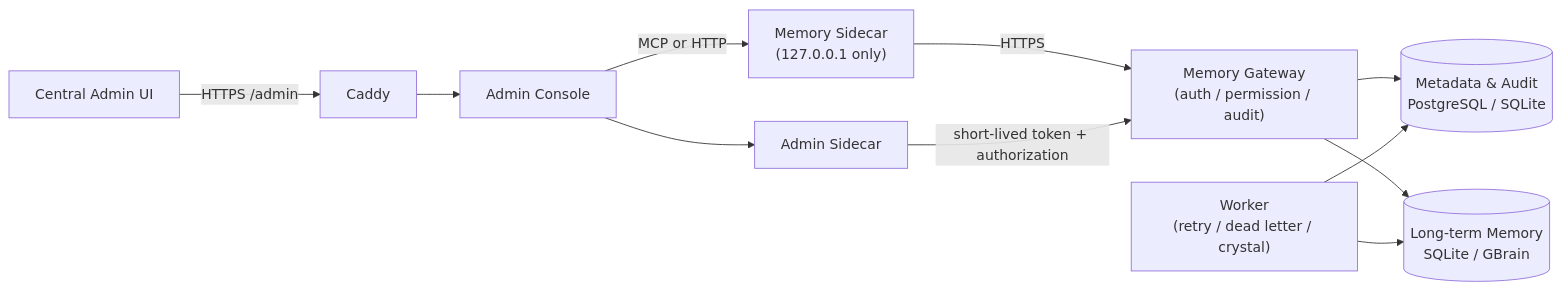
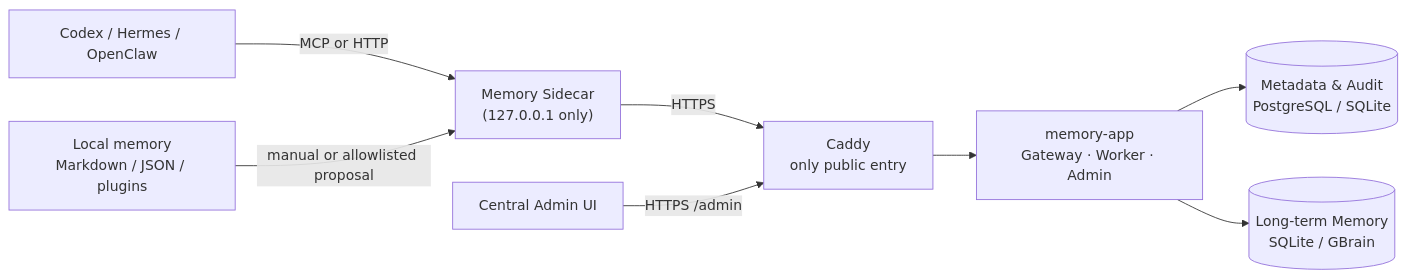
The diagram in README_EN.md (Buildlee/agent-memory-gateway), drawn with Mermaid before and after one commit. The commit also changed other lines of this file and 45 other files, not shown here.

````diff
--- a/README_EN.md
+++ b/README_EN.md
@@ -58,13 +60,10 @@
 ```mermaid
 flowchart LR
   A["Codex / Hermes / OpenClaw"] -->|MCP or HTTP| S["Memory Sidecar<br/>(127.0.0.1 only)"]
-  S -->|HTTPS| G["Memory Gateway<br/>(auth / permission / audit)"]
-  G --> M[("Metadata & Audit<br/>PostgreSQL / SQLite")]
-  G --> B[("Long-term Memory<br/>SQLite / GBrain")]
-  W["Worker<br/>(retry / dead letter / crystal)"] --> M
-  W --> B
-  R["Central Admin UI"] -->|"HTTPS /admin"| P["Caddy"]
-  P --> A["Admin Console"]
-  A --> AS["Admin Sidecar"]
-  AS -->|"short-lived token + authorization"| G
+  S -->|HTTPS| P["Caddy<br/>only public entry"]
+  P --> APP["memory-app<br/>Gateway · Worker · Admin"]
+  APP --> M[("Metadata & Audit<br/>PostgreSQL / SQLite")]
+  APP --> B[("Long-term Memory<br/>SQLite / GBrain")]
+  L["Local memory<br/>Markdown / JSON / plugins"] -->|"manual or allowlisted proposal"| S
+  R["Central Admin UI"] -->|"HTTPS /admin"| P
 ```
````
